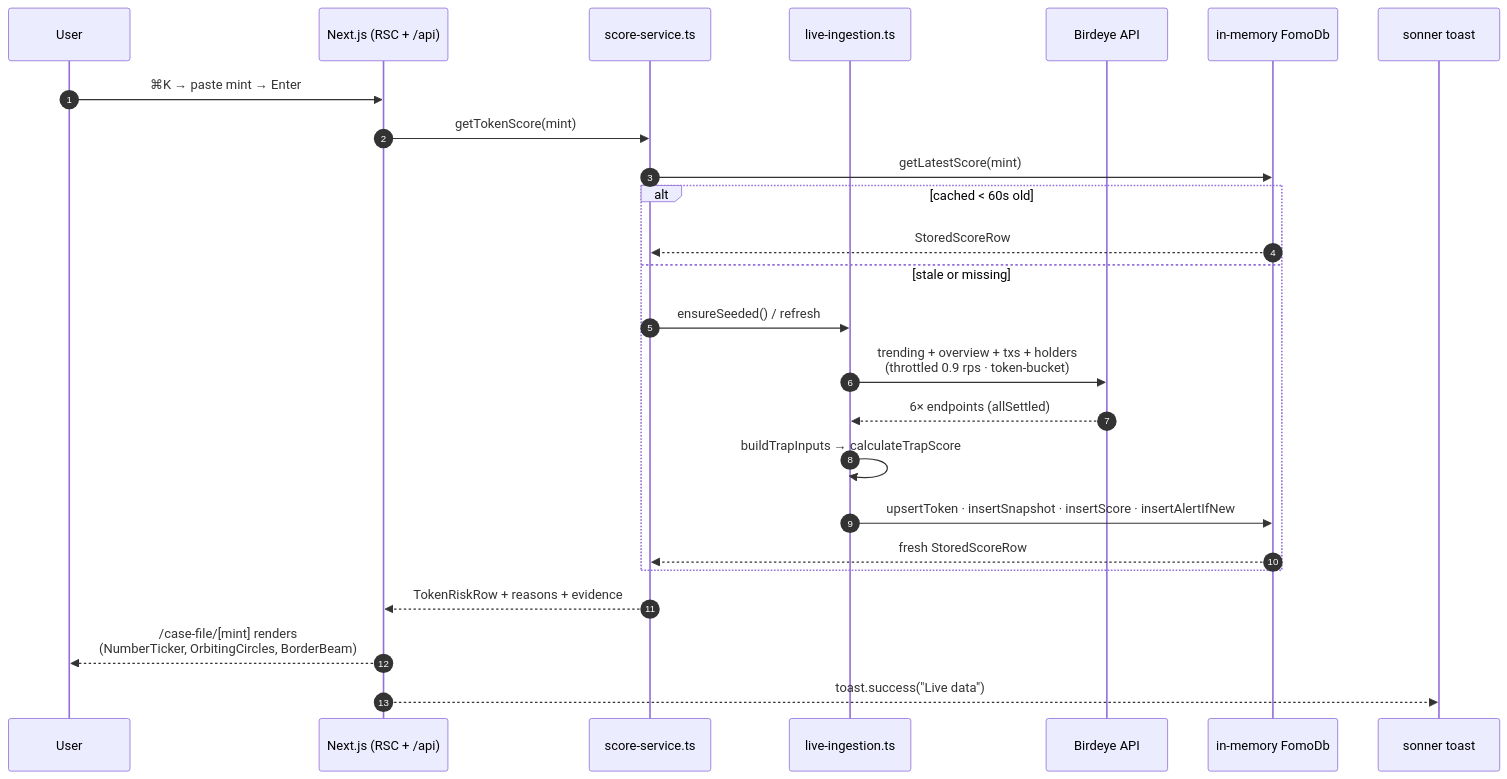
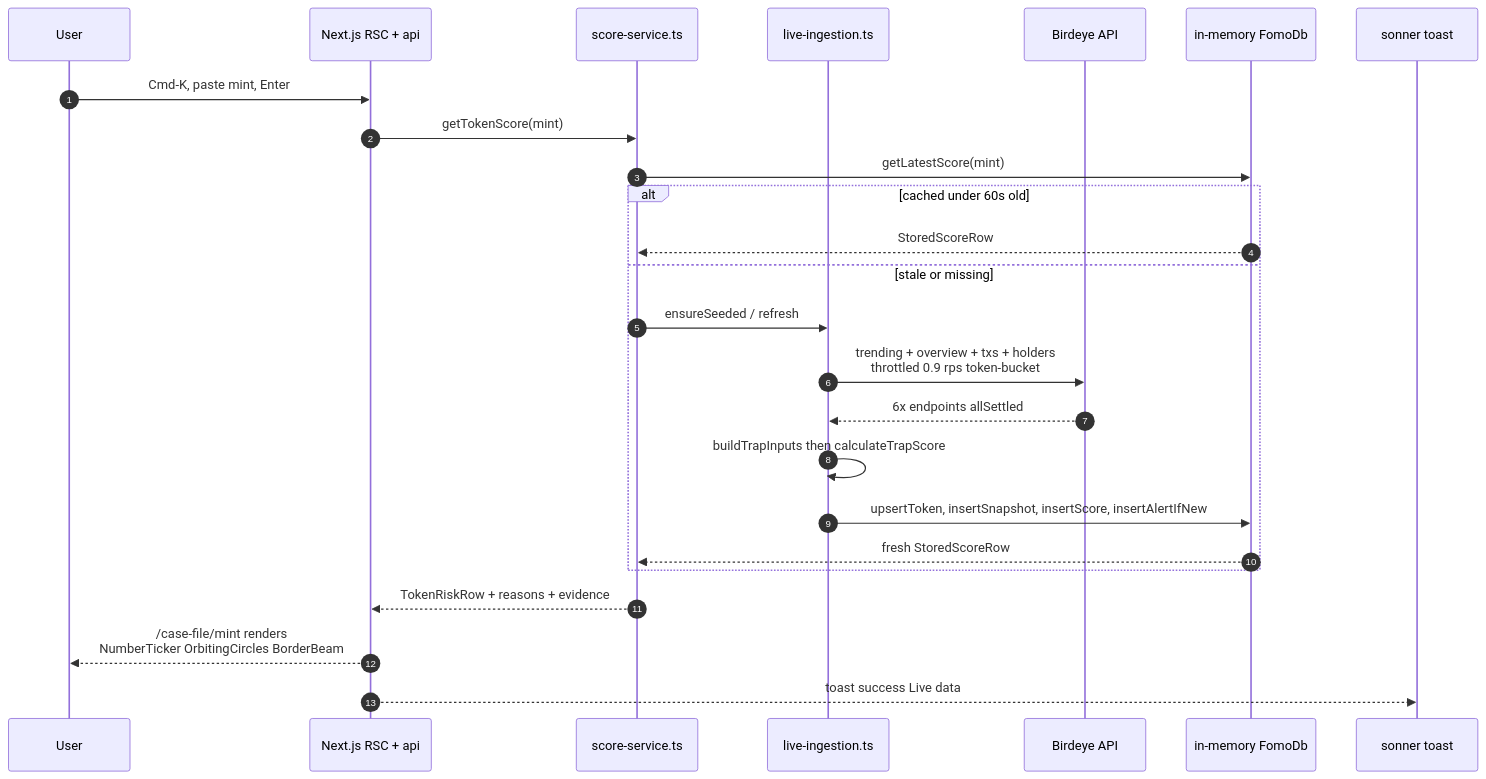
Before and after one commit to Sushant6095/fomo-firewall-birdeye: the second of 3 diagrams in README.md, drawn with Mermaid. The commit also changed other lines of this file, not shown here.

First line of the commit message:
docs(readme): fix mermaid parse errors + honest bot status

````diff
--- a/README.md
+++ b/README.md
@@ -127,28 +123,28 @@
 ```mermaid
 sequenceDiagram
     autonumber
     participant U as User
-    participant N as Next.js (RSC + /api)
+    participant N as Next.js RSC + api
     participant SS as score-service.ts
     participant LI as live-ingestion.ts
     participant BD as Birdeye API
     participant DB as in-memory FomoDb
     participant T as sonner toast
 
-    U->>N: ⌘K → paste mint → Enter
+    U->>N: Cmd-K, paste mint, Enter
     N->>SS: getTokenScore(mint)
     SS->>DB: getLatestScore(mint)
-    alt cached < 60s old
+    alt cached under 60s old
         DB-->>SS: StoredScoreRow
     else stale or missing
-        SS->>LI: ensureSeeded() / refresh
-        LI->>BD: trending + overview + txs + holders<br/>(throttled 0.9 rps · token-bucket)
-        BD-->>LI: 6× endpoints (allSettled)
-        LI->>LI: buildTrapInputs → calculateTrapScore
-        LI->>DB: upsertToken · insertSnapshot · insertScore · insertAlertIfNew
+        SS->>LI: ensureSeeded / refresh
+        LI->>BD: trending + overview + txs + holders<br/>throttled 0.9 rps token-bucket
+        BD-->>LI: 6x endpoints allSettled
+        LI->>LI: buildTrapInputs then calculateTrapScore
+        LI->>DB: upsertToken, insertSnapshot, insertScore, insertAlertIfNew
         DB-->>SS: fresh StoredScoreRow
     end
     SS-->>N: TokenRiskRow + reasons + evidence
-    N-->>U: /case-file/[mint] renders<br/>(NumberTicker, OrbitingCircles, BorderBeam)
-    N-->>T: toast.success("Live data")
+    N-->>U: /case-file/mint renders<br/>NumberTicker OrbitingCircles BorderBeam
+    N-->>T: toast success Live data
 ```
````
